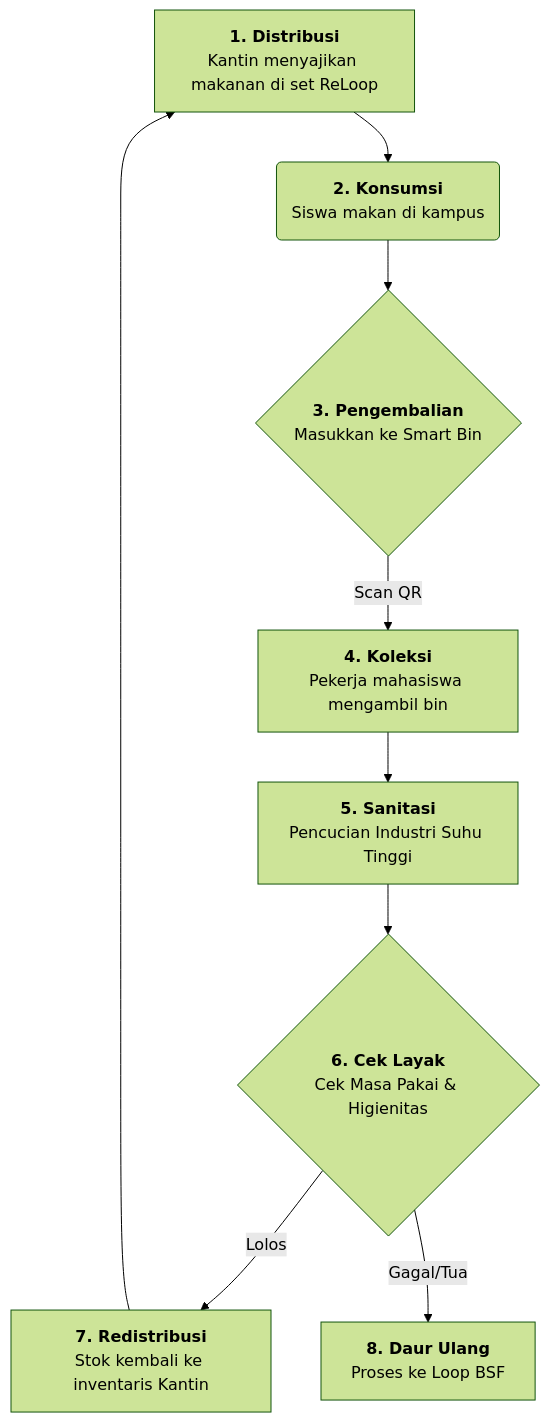
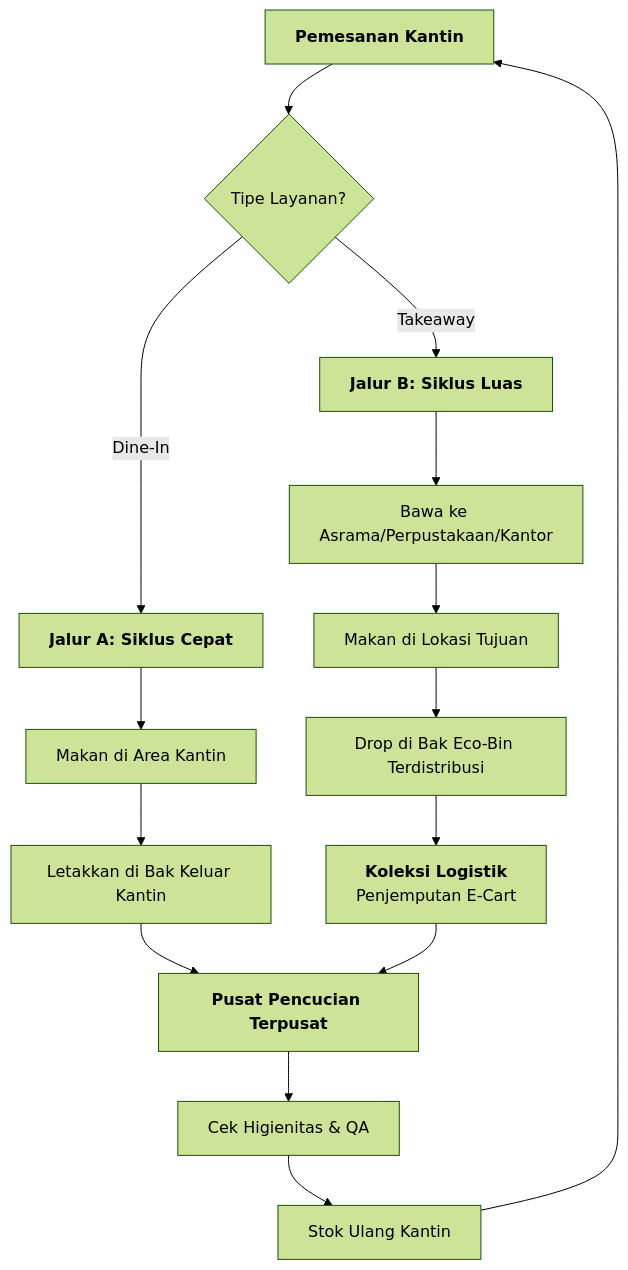
Before and after one commit to Steventanardi/NovusOrdo: the diagram in 05_ReLoop_Utensil/Operational_Workflow_ID.md, drawn with Mermaid (forest theme). The commit also changed other lines of this file and 2 other files, not shown here.

````diff
--- a/05_ReLoop_Utensil/Operational_Workflow_ID.md
+++ b/05_ReLoop_Utensil/Operational_Workflow_ID.md
@@ -9,11 +9,23 @@
 ```mermaid
 graph TD
-    A[<b>1. Distribusi</b><br/>Kantin menyajikan makanan di set ReLoop] --> B(<b>2. Konsumsi</b><br/>Siswa makan di kampus)
-    B --> C{<b>3. Pengembalian</b><br/>Masukkan ke Smart Bin}
-    C -->|Scan QR| D[<b>4. Koleksi</b><br/>Pekerja mahasiswa mengambil bin]
-    D --> E[<b>5. Sanitasi</b><br/>Pencucian Industri Suhu Tinggi]
-    E --> F{<b>6. Cek Layak</b><br/>Cek Masa Pakai & Higienitas}
-    F -->|Lolos| G[<b>7. Redistribusi</b><br/>Stok kembali ke inventaris Kantin]
-    F -->|Gagal/Tua| H[<b>8. Daur Ulang</b><br/>Proses ke Loop BSF]
-    G --> A
+    Start[<b>Pemesanan Kantin</b>] --> Service{Tipe Layanan?}
+    
+    %% Jalur Makan di Tempat
+    Service -->|Dine-In| DI[<b>Jalur A: Siklus Cepat</b>]
+    DI --> DI_Eat[Makan di Area Kantin]
+    DI_Eat --> DI_Drop[Letakkan di Bak Keluar Kantin]
+    DI_Drop --> Wash[<b>Pusat Pencucian Terpusat</b>]
+    
+    %% Jalur Bawa Pulang
+    Service -->|Takeaway| TA[<b>Jalur B: Siklus Luas</b>]
+    TA --> TA_Carry[Bawa ke Asrama/Perpustakaan/Kantor]
+    TA_Carry --> TA_Eat[Makan di Lokasi Tujuan]
+    TA_Eat --> TA_Drop[Drop di Bak Eco-Bin Terdistribusi]
+    TA_Drop --> Log[<b>Koleksi Logistik</b><br/>Penjemputan E-Cart]
+    Log --> Wash
+    
+    %% Menutup Lingkaran
+    Wash --> QA[Cek Higienitas & QA]
+    QA --> Restock[Stok Ulang Kantin]
+    Restock --> Start
 ```
````
